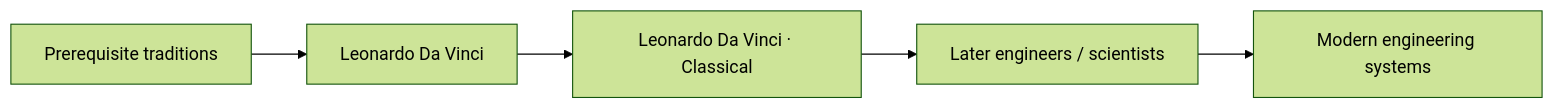
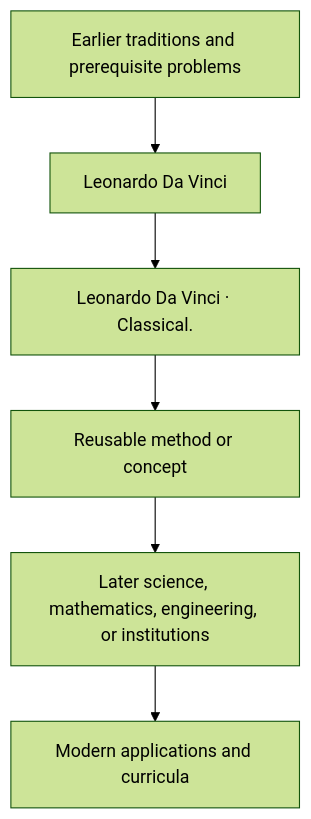
The diagram in docs/history/leonardo-da-vinci/influence.md (via-decide/ViaLogic), drawn with Mermaid (forest theme) before and after one commit. The commit also changed other lines of this file and 858 other files, not shown here.

````diff
--- a/docs/history/leonardo-da-vinci/influence.md
+++ b/docs/history/leonardo-da-vinci/influence.md
@@ -29,7 +16,8 @@
 ```mermaid
-graph LR
-  prerequisites["Prerequisite traditions"] --> current["Leonardo Da Vinci"]
-  current --> contribution["Leonardo Da Vinci · Classical"]
-  contribution --> successors["Later engineers / scientists"]
-  successors --> modern["Modern engineering systems"]
+graph TD
+  Prior[Earlier traditions and prerequisite problems] --> Person[Leonardo Da Vinci]
+  Person --> Contribution[Leonardo Da Vinci · Classical.]
+  Contribution --> Method[Reusable method or concept]
+  Method --> Later[Later science, mathematics, engineering, or institutions]
+  Later --> Modern[Modern applications and curricula]
 ```
````
